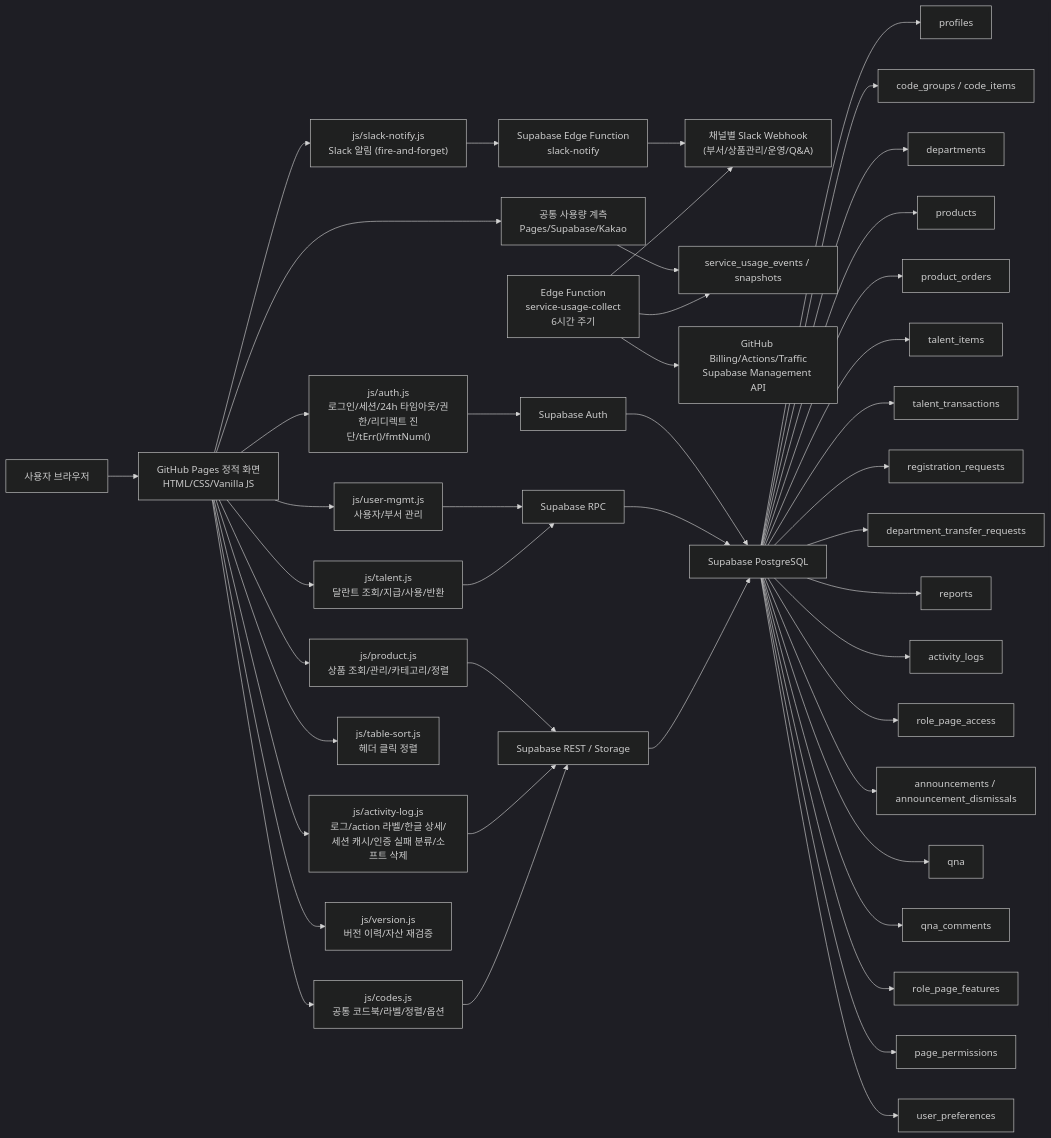
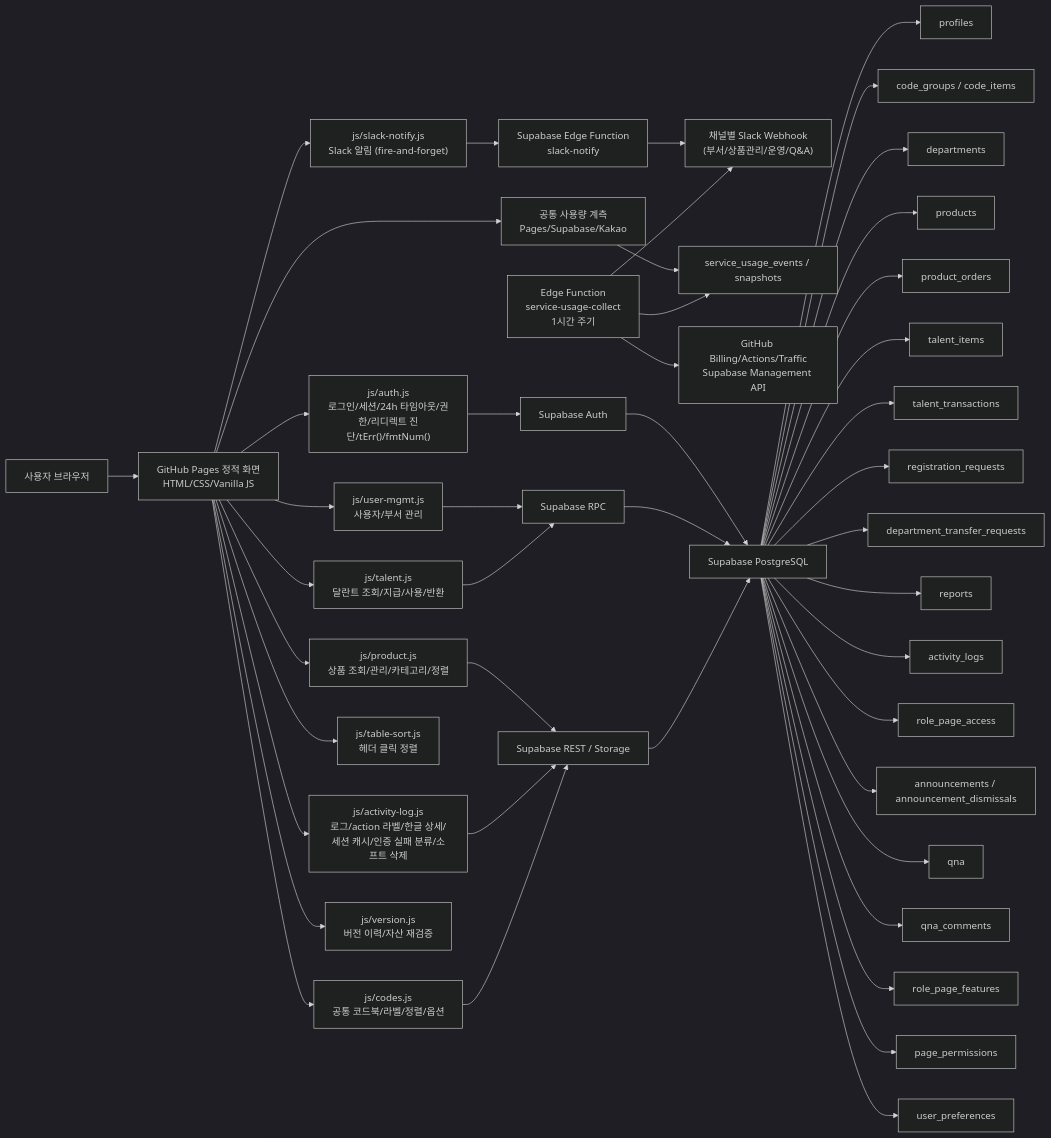
Before and after one commit to CHO-Talents/CHO-Talents: the first of 16 diagrams in docs/PROJECT_ARCHITECTURE_FLOW.md, drawn with Mermaid (dark theme). The commit also changed other lines of this file and 28 other files, not shown here.

````diff
--- a/docs/PROJECT_ARCHITECTURE_FLOW.md
+++ b/docs/PROJECT_ARCHITECTURE_FLOW.md
@@ -27,52 +28,52 @@
 ```mermaid
 flowchart LR
   User["사용자 브라우저"] --> Pages["GitHub Pages 정적 화면<br/>HTML/CSS/Vanilla JS"]
 
   Pages --> AuthJS["js/auth.js<br/>로그인/세션/24h 타임아웃/권한/리디렉트 진단/tErr()/fmtNum()"]
   Pages --> LogJS["js/activity-log.js<br/>로그/action 라벨/한글 상세/세션 캐시/인증 실패 분류/소프트 삭제"]
   Pages --> CodesJS["js/codes.js<br/>공통 코드북/라벨/정렬/옵션"]
   Pages --> UserMgmt["js/user-mgmt.js<br/>사용자/부서 관리"]
   Pages --> TalentJS["js/talent.js<br/>달란트 조회/지급/사용/반환"]
   Pages --> ProductJS["js/product.js<br/>상품 조회/관리/카테고리/정렬"]
   Pages --> TableSortJS["js/table-sort.js<br/>헤더 클릭 정렬"]
   Pages --> SlackJS["js/slack-notify.js<br/>Slack 알림 (fire-and-forget)"]
   Pages --> VersionJS["js/version.js<br/>버전 이력/자산 재검증"]
 
   SlackJS --> EdgeFn["Supabase Edge Function<br/>slack-notify"]
   EdgeFn --> Slack["채널별 Slack Webhook<br/>(부서/상품관리/운영/Q&A)"]
   Pages --> UsageTelemetry["공통 사용량 계측<br/>Pages/Supabase/Kakao"]
   UsageTelemetry --> UsageDB["service_usage_events / snapshots"]
-  UsageCollector["Edge Function<br/>service-usage-collect<br/>6시간 주기"] --> UsageDB
+  UsageCollector["Edge Function<br/>service-usage-collect<br/>1시간 주기"] --> UsageDB
   UsageCollector --> ExternalUsage["GitHub Billing/Actions/Traffic<br/>Supabase Management API"]
   UsageCollector --> Slack
 
   AuthJS --> Auth["Supabase Auth"]
   UserMgmt --> RPC["Supabase RPC"]
   TalentJS --> RPC
   ProductJS --> Rest["Supabase REST / Storage"]
   LogJS --> Rest
   CodesJS --> Rest
 
   Auth --> DB["Supabase PostgreSQL"]
   RPC --> DB
   Rest --> DB
 
   DB --> Profiles["profiles"]
   DB --> Codes["code_groups / code_items"]
   DB --> Departments["departments"]
   DB --> Products["products"]
   DB --> Orders["product_orders"]
   DB --> Items["talent_items"]
   DB --> Transactions["talent_transactions"]
   DB --> Requests["registration_requests"]
   DB --> Transfers["department_transfer_requests"]
   DB --> Reports["reports"]
   DB --> Logs["activity_logs"]
   DB --> RoleAccess["role_page_access"]
   DB --> Announcements["announcements / announcement_dismissals"]
   DB --> QnA["qna"]
   DB --> QnAComments["qna_comments"]
   DB --> RoleFeatures["role_page_features"]
   DB --> PagePerms["page_permissions"]
   DB --> UserPrefs["user_preferences"]
 ```
````
